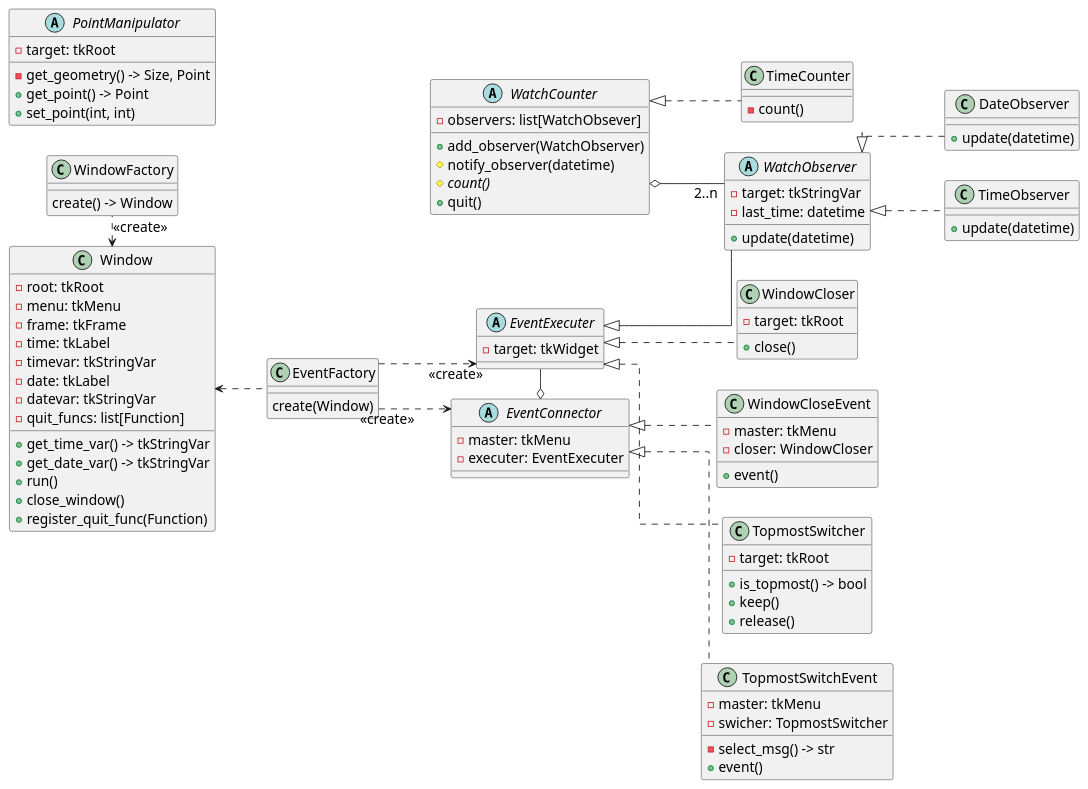
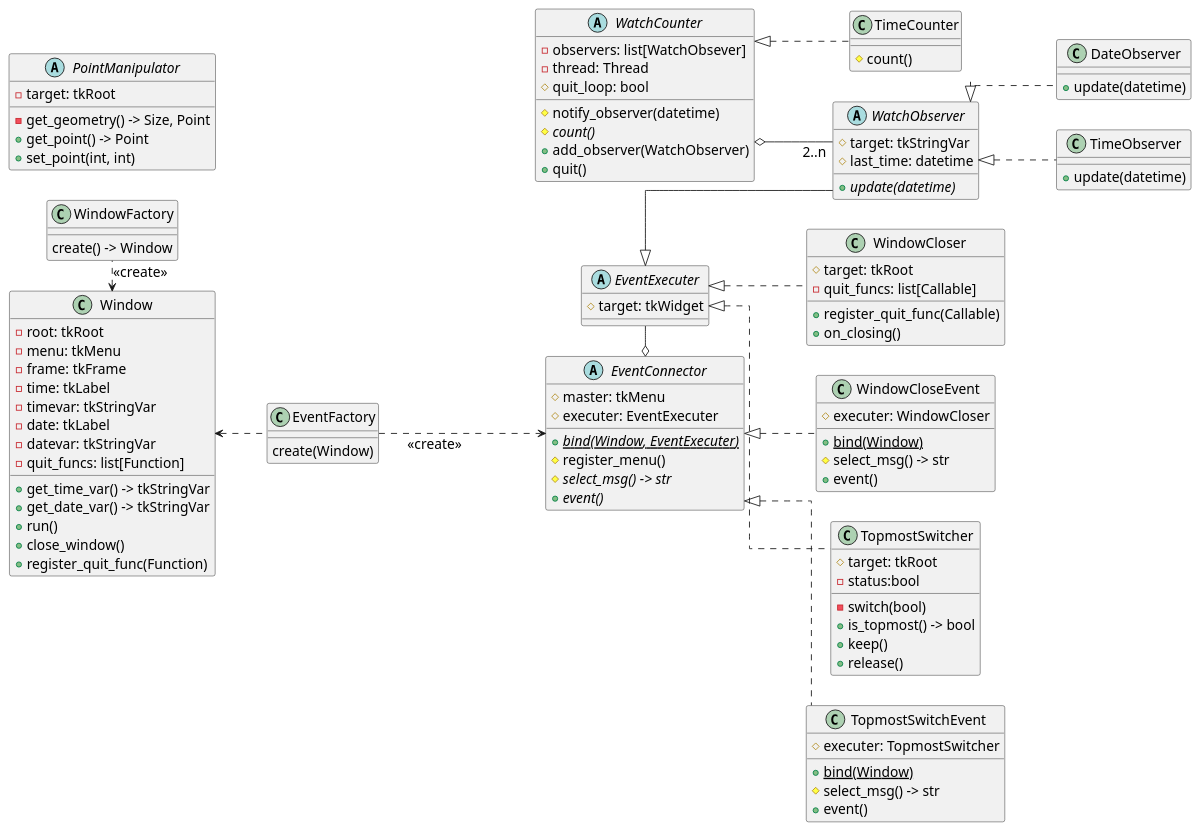
Before and after one commit to TAKE4548/OLW: the diagram in doc/class.puml, drawn with PlantUML. The commit also changed 4 other files, not shown here.

Commit message:
クラス図を清書し可視性周りを見直し

```diff
--- a/doc/class.puml
+++ b/doc/class.puml
@@ -1,121 +1,131 @@
 @startuml Class
 skinparam {
    defaultfontsize 16
    linetype ortho
 }
 left to right direction
 
 together {
     class "WindowFactory" as wf {
         create() -> Window
     }
     class "Window" as w {
         - root: tkRoot
         - menu: tkMenu
         - frame: tkFrame
         - time: tkLabel
         - timevar: tkStringVar
         - date: tkLabel
         - datevar: tkStringVar
         - quit_funcs: list[Function]
         + get_time_var() -> tkStringVar
         + get_date_var() -> tkStringVar
         + run()
         + close_window()
         + register_quit_func(Function)
     }
     w <. wf: <<create>>
 }
 
 together {
     class "EventFactory" as ef {
         create(Window)
     }
     w <.. ef
 
     abstract class "EventExecuter" as ee {
-        - target: tkWidget
+        # target: tkWidget
     }
-    ef ..> ee: <<create>>
 
     abstract class "EventConnector" as ec {
-        - master: tkMenu
-        - executer: EventExecuter
+        # master: tkMenu
+        # executer: EventExecuter
+        + {abstract}{static} bind(Window, EventExecuter)
+        # register_menu()
+        # {abstract} select_msg() -> str
+        + {abstract} event()
     }
-    ef ..> ec: <<create>>
+    ef ....> ec: <<create>>
     ec o- ee
 }
 
 abstract class "PointManipulator" as pm {
     - target: tkRoot
     - get_geometry() -> Size, Point
     + get_point() -> Point
     + set_point(int, int)
 }
 
 together {
     class "WindowCloser" as wcr {
-        - target: tkRoot
-        + close()
+        # target: tkRoot
+        - quit_funcs: list[Callable]
+        + register_quit_func(Callable)
+        + on_closing()
     }
     ee <|.. wcr
 
     class "WindowCloseEvent" as wcre {
-        - master: tkMenu
-        - closer: WindowCloser
+        # executer: WindowCloser
+        + {static} bind(Window)
+        # select_msg() -> str
         + event()
     }
     ec <|.. wcre
 }
 
 together {
     class "TopmostSwitcher" as tms {
-        - target: tkRoot
+        # target: tkRoot
+        - status:bool
+        - switch(bool)
         + is_topmost() -> bool
         + keep()
         + release()
     }
     ee <|.. tms
 
     class "TopmostSwitchEvent" as tmse {
-        - master: tkMenu
-        - swicher: TopmostSwitcher
-        - select_msg() -> str
+        # executer: TopmostSwitcher
+        + {static} bind(Window)
+        # select_msg() -> str
         + event()
     }
     ec <|.. tmse
 }
 
 together {
     abstract class "WatchObserver" as wo {
-        - target: tkStringVar
-        - last_time: datetime
-        + update(datetime)
+        # target: tkStringVar
+        # last_time: datetime
+        + {abstract} update(datetime)
     }
     ee <|-- wo
 
     class "TimeObserver" as to {
         + update(datetime)
     }
     wo <|.. to
 
     class "DateObserver" as do {
         + update(datetime)
     }
     wo <|.. do
 
     abstract class "WatchCounter" as wc {
         - observers: list[WatchObsever]
-        + add_observer(WatchObserver)
+        - thread: Thread
+        # quit_loop: bool
         # notify_observer(datetime)
         # {abstract} count()
+        + add_observer(WatchObserver)
         + quit()
     }
 
     class "TimeCounter" as tc {
-        - count()
+        # count()
     }
     wc <|.. tc
     wo "2..n" -l-o wc
 }
 @enduml
```
